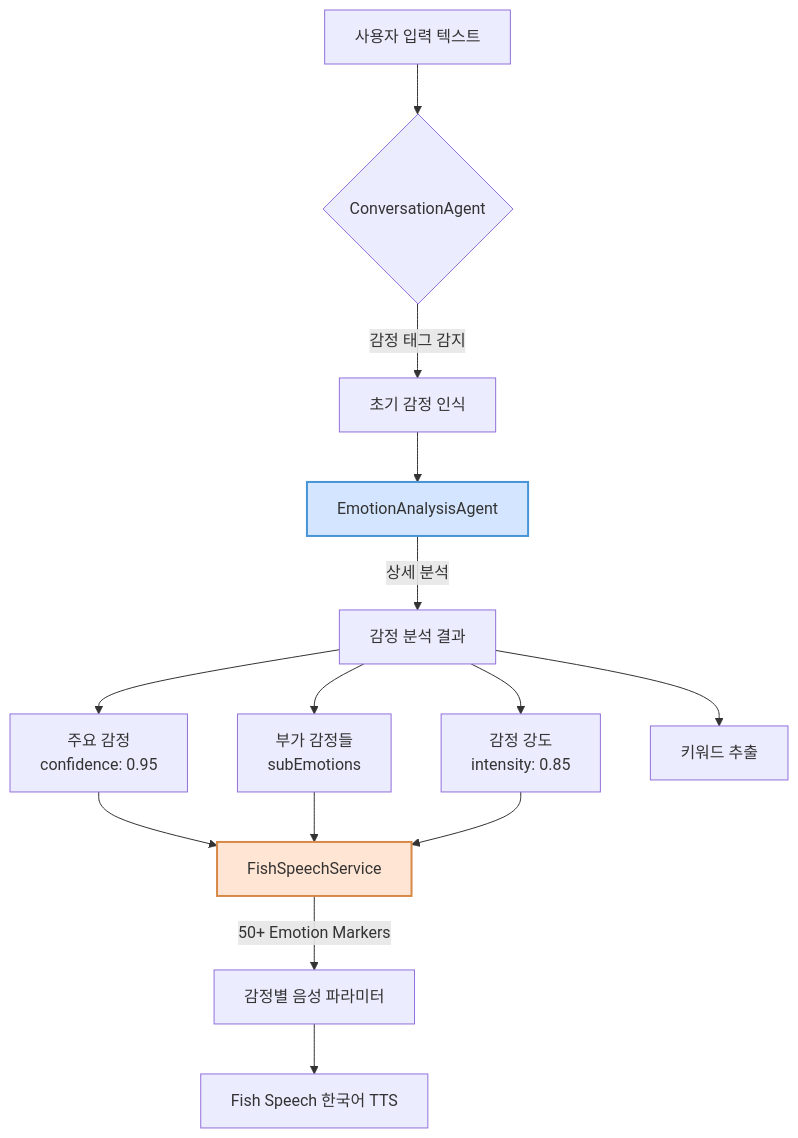
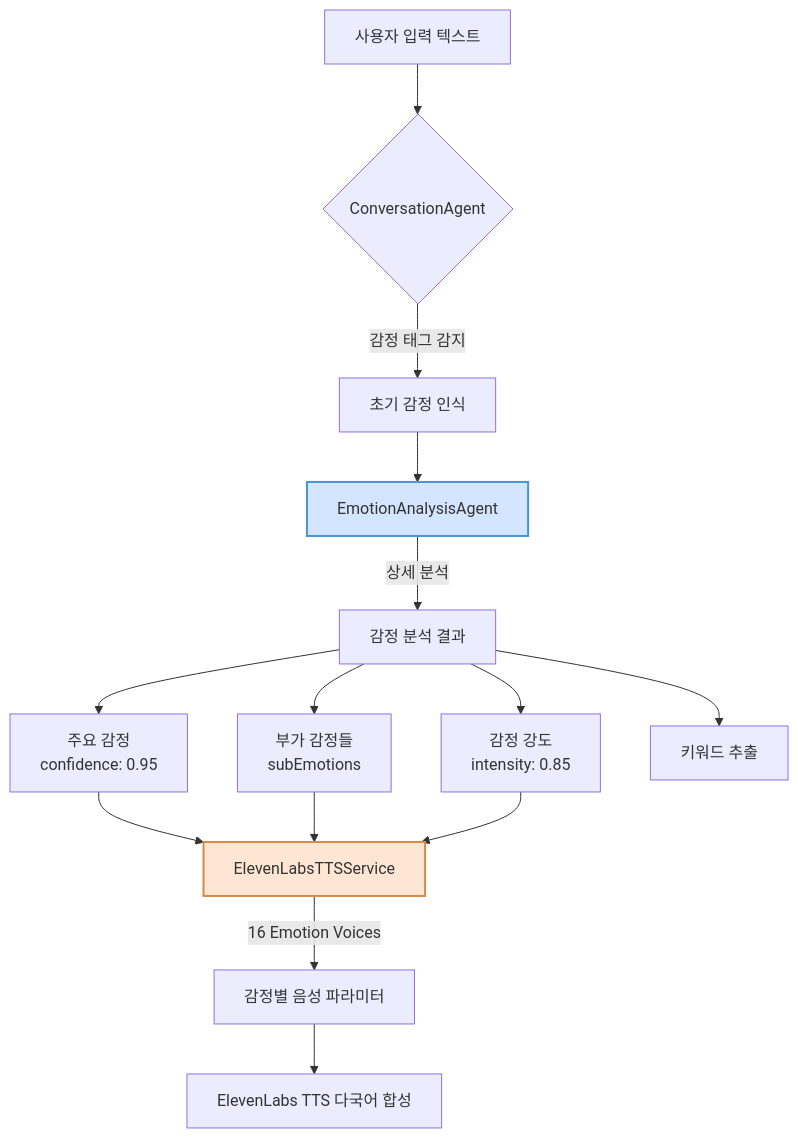
Before and after one commit to jheun66/novel-mvp: the second of 7 diagrams in novel-mvp-backend/README.md, drawn with Mermaid. The commit also changed other lines of this file and 32 other files, not shown here.

````diff
--- a/novel-mvp-backend/README.md
+++ b/novel-mvp-backend/README.md
@@ -538,22 +513,22 @@
 ```mermaid
 flowchart TD
     A[사용자 입력 텍스트] --> B{ConversationAgent}
     B -->|감정 태그 감지| C[초기 감정 인식]
     C --> D[EmotionAnalysisAgent]
     D -->|상세 분석| E[감정 분석 결과]
     
     E --> F[주요 감정<br/>confidence: 0.95]
     E --> G[부가 감정들<br/>subEmotions]
     E --> H[감정 강도<br/>intensity: 0.85]
     E --> I[키워드 추출]
     
-    F --> J[FishSpeechService]
+    F --> J[ElevenLabsTTSService]
     G --> J
     H --> J
     
-    J -->|50+ Emotion Markers| K[감정별 음성 파라미터]
-    K --> L[Fish Speech 한국어 TTS]
+    J -->|16 Emotion Voices| K[감정별 음성 파라미터]
+    K --> L[ElevenLabs TTS 다국어 합성]
     
     style D fill:#d4e5ff,stroke:#4894d7,stroke-width:2px
     style J fill:#ffe5d4,stroke:#d78948,stroke-width:2px
 ```
````
